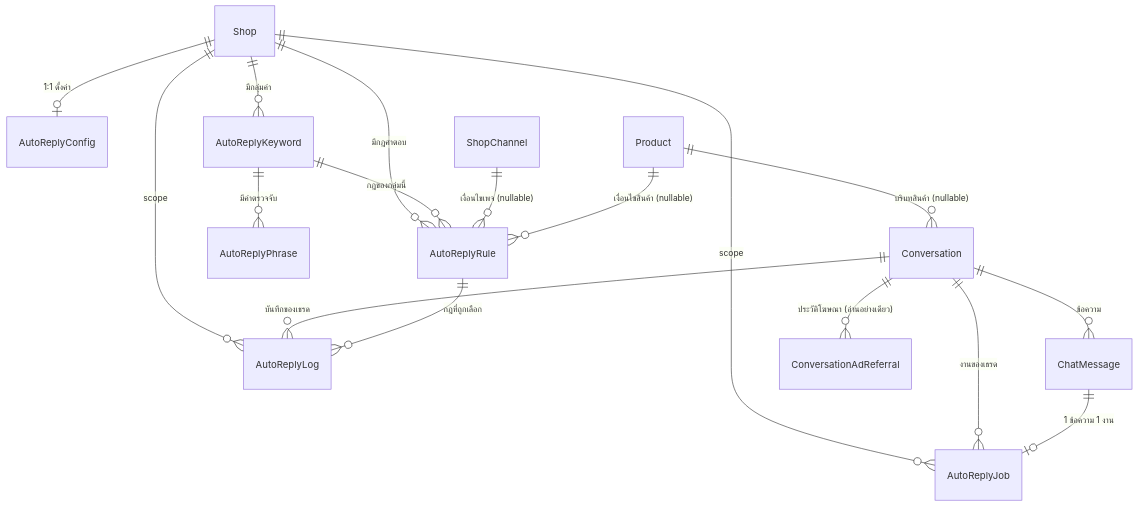
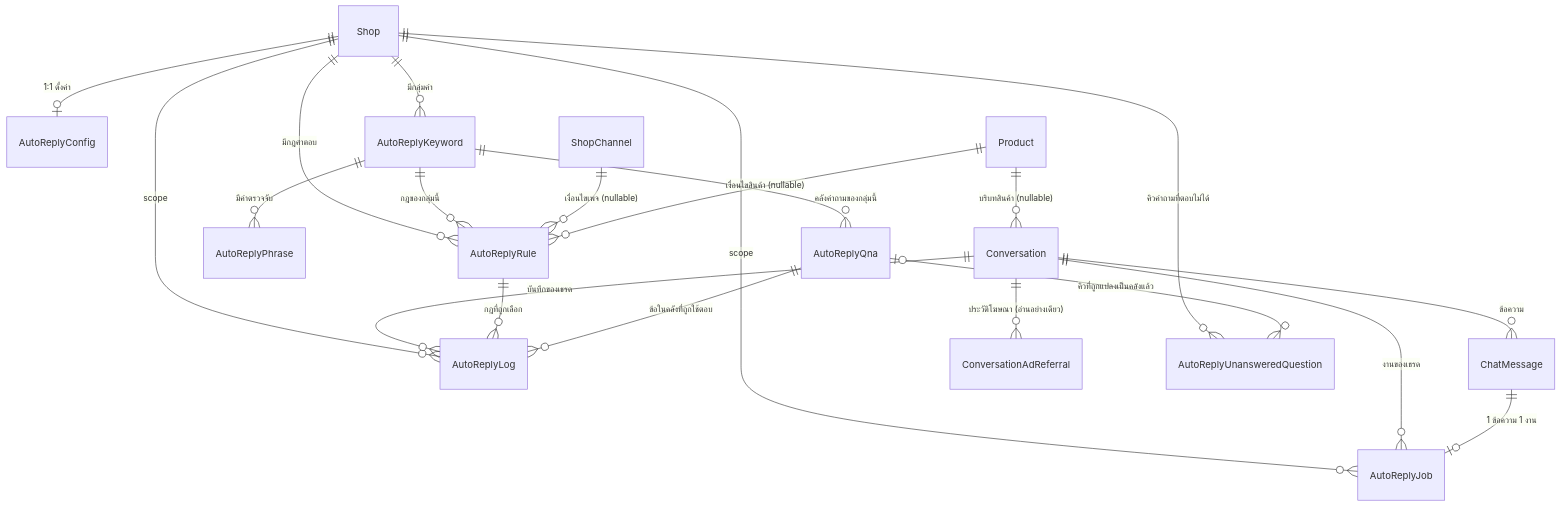
The sixth of 6 diagrams in docs/20 - Features/00023 - Deep Chat-Bot Assistant/SRS.md (CodeCooLTH/deep-web), drawn with Mermaid before and after one commit. The commit also changed other lines of this file and 4 other files, not shown here.

````diff
--- a/docs/20 - Features/00023 - Deep Chat-Bot Assistant/SRS.md
+++ b/docs/20 - Features/00023 - Deep Chat-Bot Assistant/SRS.md
@@ -1094,19 +1228,23 @@
 ```mermaid
 erDiagram
     Shop ||--o| AutoReplyConfig : "1:1 ตั้งค่า"
     Shop ||--o{ AutoReplyKeyword : "มีกลุ่มคำ"
     Shop ||--o{ AutoReplyRule : "มีกฎคำตอบ"
     Shop ||--o{ AutoReplyJob : "scope"
     Shop ||--o{ AutoReplyLog : "scope"
     AutoReplyKeyword ||--o{ AutoReplyPhrase : "มีคำตรวจจับ"
     AutoReplyKeyword ||--o{ AutoReplyRule : "กฎของกลุ่มนี้"
     ShopChannel ||--o{ AutoReplyRule : "เงื่อนไขเพจ (nullable)"
     Product ||--o{ AutoReplyRule : "เงื่อนไขสินค้า (nullable)"
     Conversation ||--o{ AutoReplyJob : "งานของเธรด"
     Conversation ||--o{ AutoReplyLog : "บันทึกของเธรด"
     Conversation ||--o{ ChatMessage : "ข้อความ"
     Conversation ||--o{ ConversationAdReferral : "ประวัติโฆษณา (อ่านอย่างเดียว)"
     Product ||--o{ Conversation : "บริบทสินค้า (nullable)"
     ChatMessage ||--o| AutoReplyJob : "1 ข้อความ 1 งาน"
     AutoReplyRule ||--o{ AutoReplyLog : "กฎที่ถูกเลือก"
+    AutoReplyKeyword ||--o{ AutoReplyQna : "คลังคำถามของกลุ่มนี้"
+    Shop ||--o{ AutoReplyUnansweredQuestion : "คิวคำถามที่ตอบไม่ได้"
+    AutoReplyQna ||--o{ AutoReplyLog : "ข้อในคลังที่ถูกใช้ตอบ"
+    AutoReplyQna |o--o{ AutoReplyUnansweredQuestion : "คิวที่ถูกแปลงเป็นคลังแล้ว"
 ```
````
